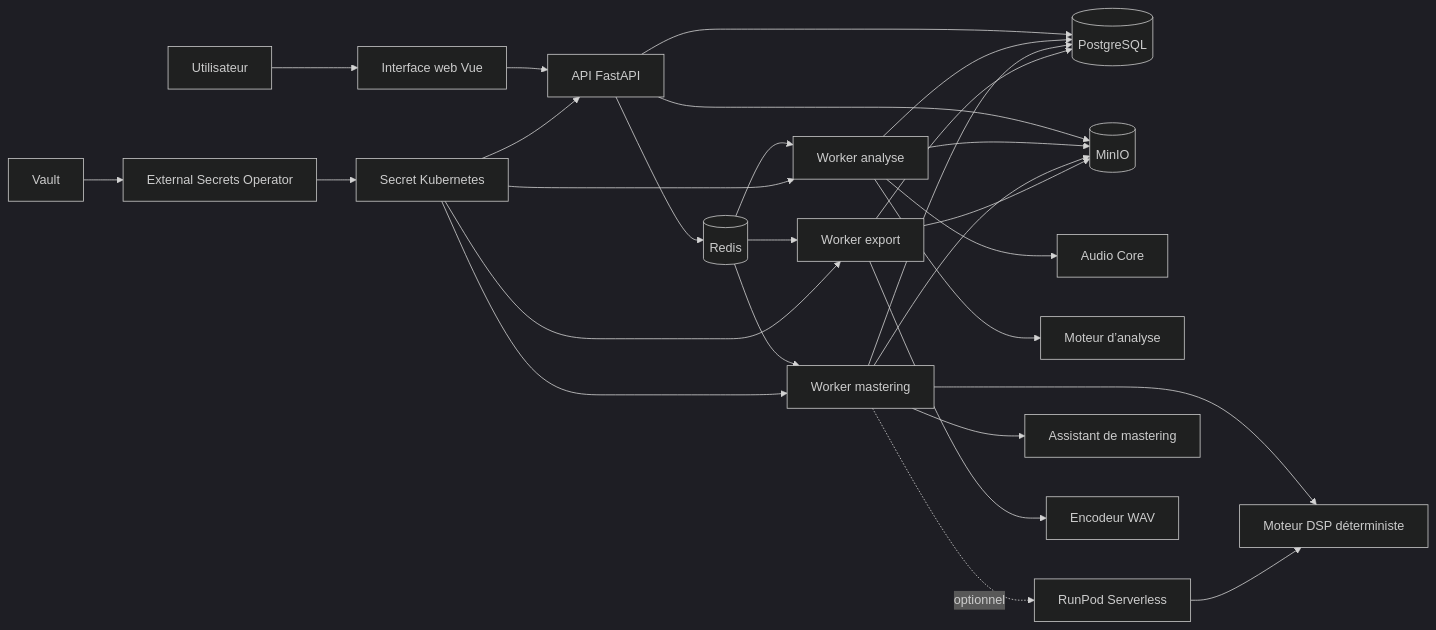
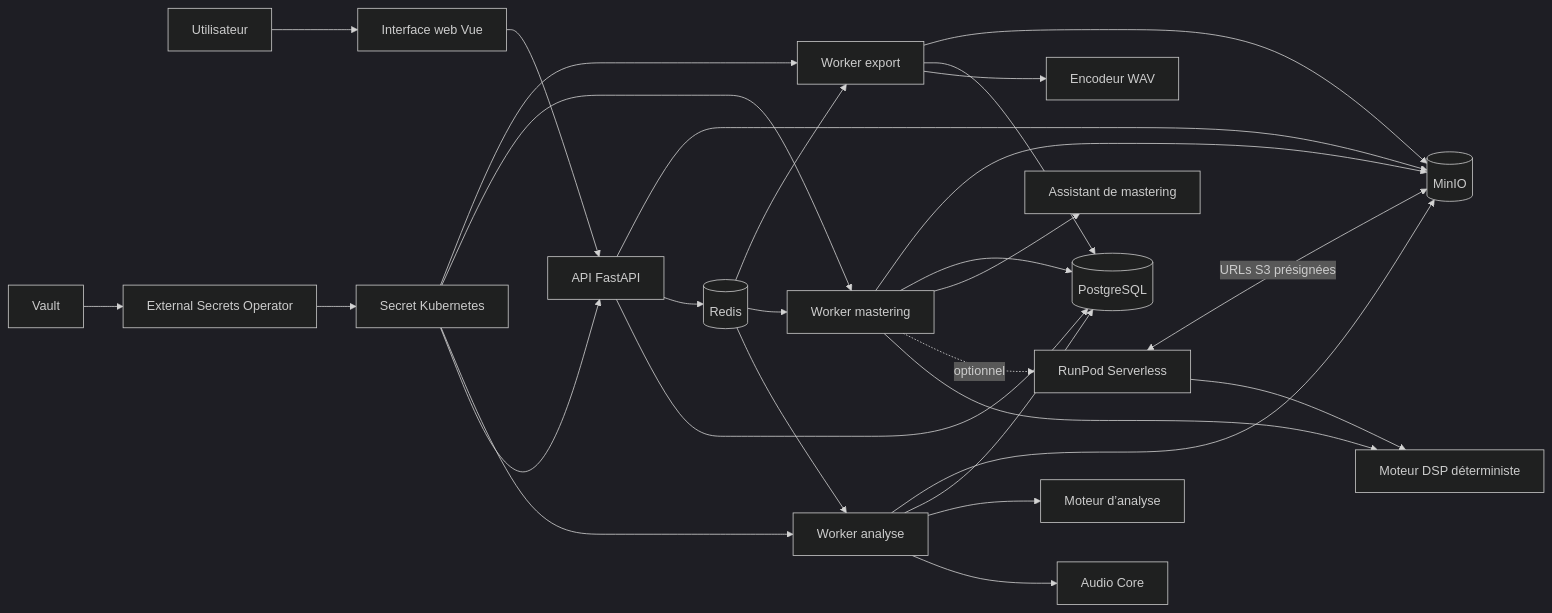
One commit to lucaslamy/OpenMaster changed the first of 2 diagrams in docs/PROJECT_FLOW.fr.md. Above: the diagram before and after it, drawn with Mermaid (dark theme). The commit also changed 19 other files, not shown here.

````diff
--- a/docs/PROJECT_FLOW.fr.md
+++ b/docs/PROJECT_FLOW.fr.md
@@ -9,35 +9,36 @@
 ```mermaid
 flowchart LR
     U[Utilisateur] --> WEB[Interface web Vue]
     WEB --> API[API FastAPI]
 
     API --> PG[(PostgreSQL)]
     API --> REDIS[(Redis)]
     API --> MINIO[(MinIO)]
 
     REDIS --> WA[Worker analyse]
     REDIS --> WM[Worker mastering]
     REDIS --> WE[Worker export]
 
     WA --> AC[Audio Core]
     WA --> AE[Moteur d’analyse]
     WM --> DSP[Moteur DSP déterministe]
     WM -. optionnel .-> RUNPOD[RunPod Serverless]
     RUNPOD --> DSP
+    RUNPOD <-->|URLs S3 présignées| MINIO
     WM --> ASSIST[Assistant de mastering]
     WE --> EXPORT[Encodeur WAV]
 
     WA --> PG
     WM --> PG
     WE --> PG
     WA --> MINIO
     WM --> MINIO
     WE --> MINIO
 
     VAULT[Vault] --> ESO[External Secrets Operator]
     ESO --> SECRET[Secret Kubernetes]
     SECRET --> API
     SECRET --> WA
     SECRET --> WM
     SECRET --> WE
 ```
````
